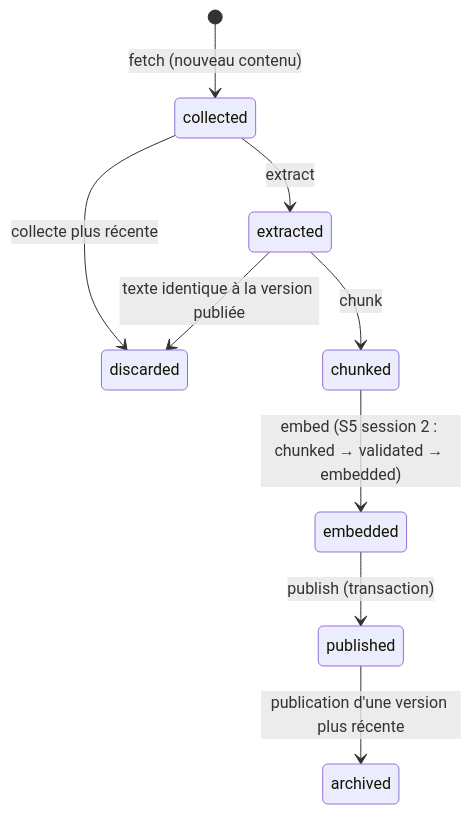
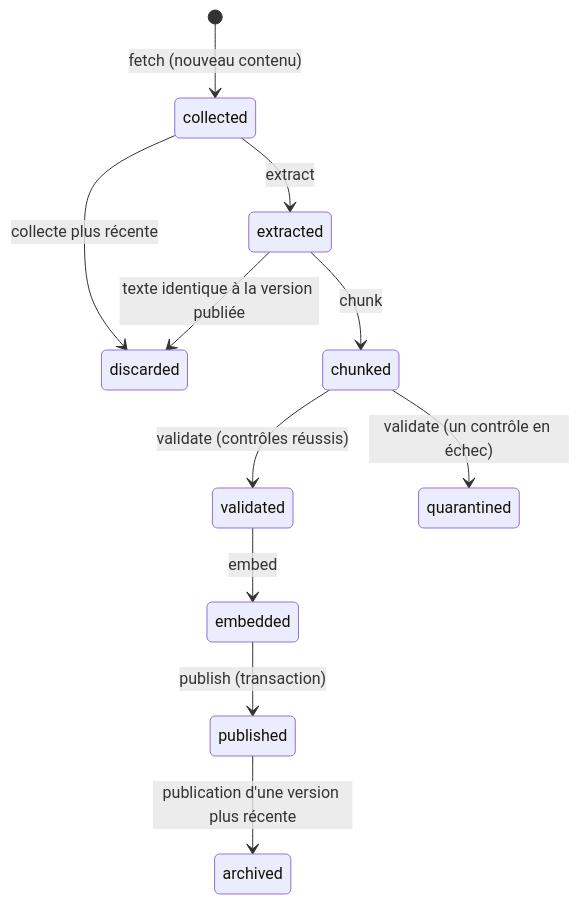
Before and after one commit to olick/limpide: the second of 2 diagrams in docs/pipeline-ingestion.md, drawn with Mermaid. The commit also changed other lines of this file and 15 other files, not shown here.

First line of the commit message:
S5 session 2 : contrôles qualité (validate), quarantaine des candidates

````diff
--- a/docs/pipeline-ingestion.md
+++ b/docs/pipeline-ingestion.md
@@ -53,11 +56,13 @@
 ```mermaid
 stateDiagram-v2
     [*] --> collected : fetch (nouveau contenu)
     collected --> extracted : extract
     extracted --> discarded : texte identique à la version publiée
     extracted --> chunked : chunk
-    chunked --> embedded : embed (S5 session 2 : chunked → validated → embedded)
+    chunked --> validated : validate (contrôles réussis)
+    chunked --> quarantined : validate (un contrôle en échec)
+    validated --> embedded : embed
     embedded --> published : publish (transaction)
     published --> archived : publication d'une version plus récente
     collected --> discarded : collecte plus récente
 ```
````
